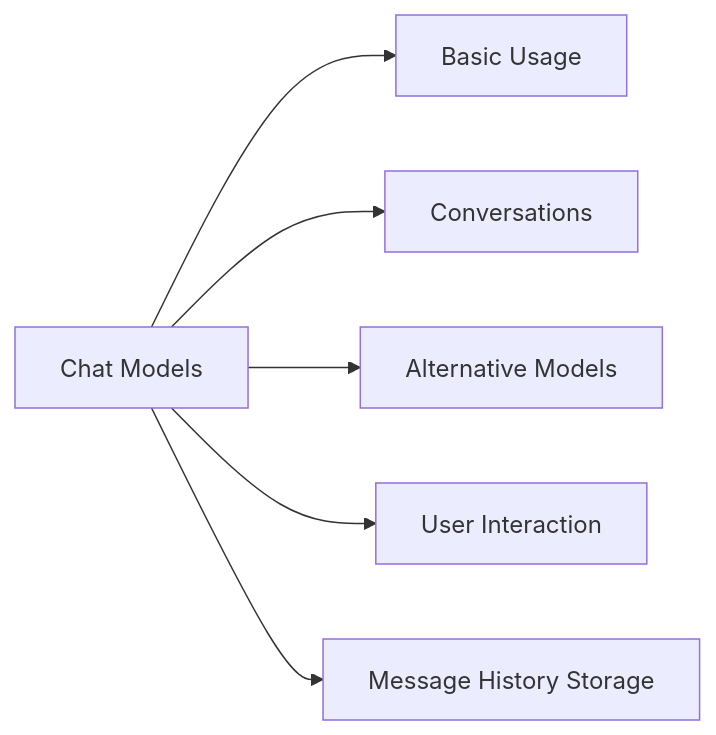
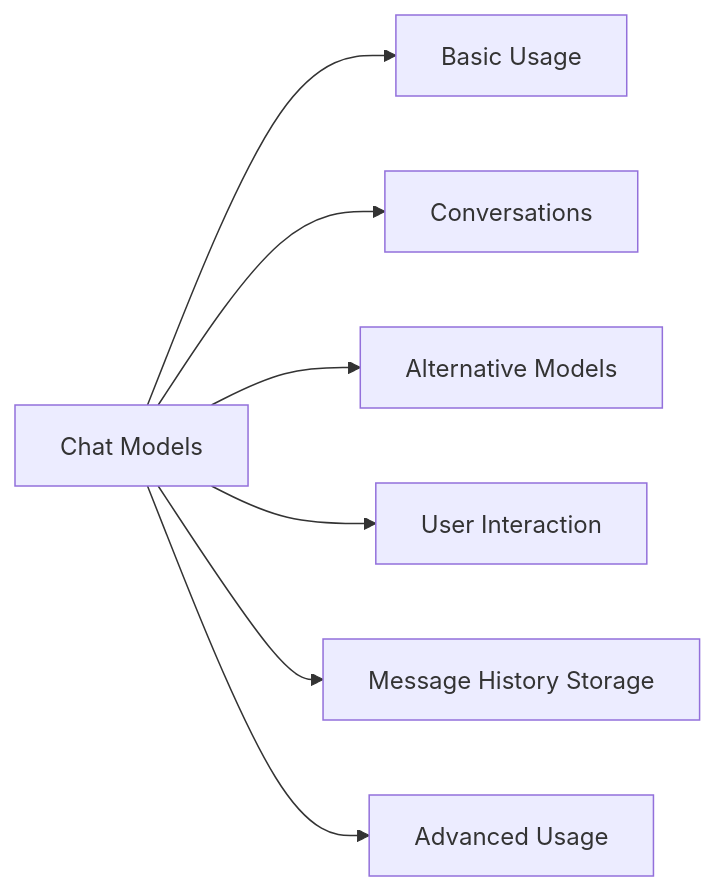
Before and after one commit to bibekgupta3333/langchain-practical-guide: the second of 7 diagrams in README.md, drawn with Mermaid. The commit also changed other lines of this file, not shown here.

Commit message:
✨ Update README with new repository link and expand examples to include advanced usage, streaming, parameters, multimodal models, and error handling

````diff
--- a/README.md
+++ b/README.md
@@ -85,8 +85,9 @@
 ```mermaid
 graph LR
     A[Chat Models] --> B[Basic Usage]
     A --> C[Conversations]
     A --> D[Alternative Models]
     A --> E[User Interaction]
     A --> F[Message History Storage]
+    A --> G[Advanced Usage]
 ```
````
